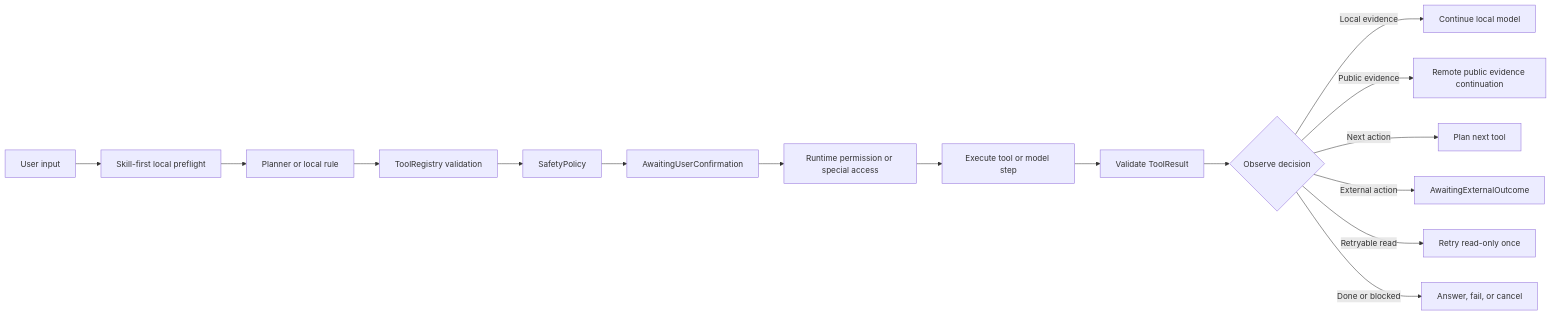
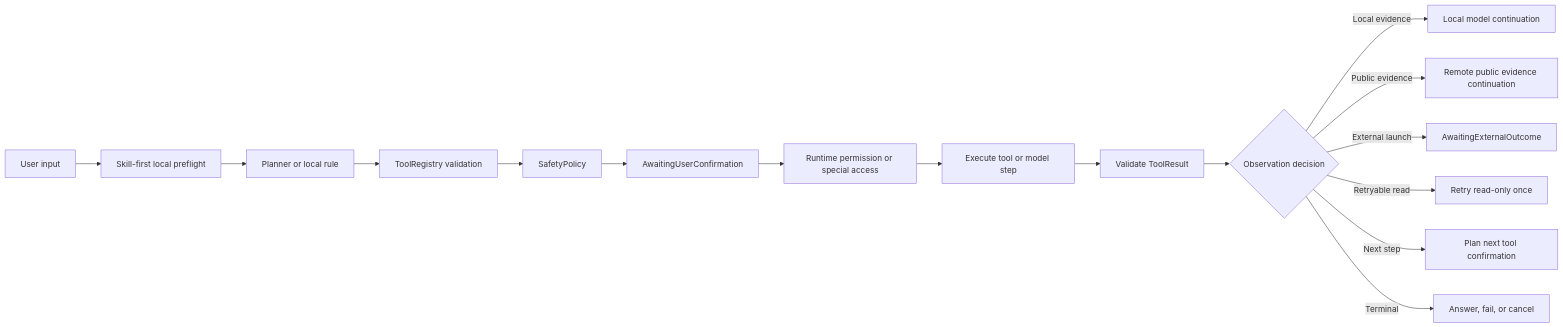
One commit to William-zgx/solin-android changed the diagram in docs/agent_core_modules.md. Above: the diagram before and after it, drawn with Mermaid. The commit also changed other lines of this file and 11 other files, not shown here.

````diff
--- a/docs/agent_core_modules.md
+++ b/docs/agent_core_modules.md
@@ -9,18 +8,18 @@
 ```mermaid
 flowchart LR
     Input["User input"] --> Preflight["Skill-first local preflight"]
     Preflight --> Planner["Planner or local rule"]
     Planner --> Registry["ToolRegistry validation"]
     Registry --> Policy["SafetyPolicy"]
     Policy --> Confirm["AwaitingUserConfirmation"]
     Confirm --> Permission["Runtime permission or special access"]
     Permission --> Execute["Execute tool or model step"]
     Execute --> Validate["Validate ToolResult"]
-    Validate --> Observe{"Observe decision"}
-    Observe -->|Local evidence| Local["Continue local model"]
+    Validate --> Observe{"Observation decision"}
+    Observe -->|Local evidence| Local["Local model continuation"]
     Observe -->|Public evidence| Remote["Remote public evidence continuation"]
-    Observe -->|Next action| Next["Plan next tool"]
-    Observe -->|External action| External["AwaitingExternalOutcome"]
+    Observe -->|External launch| External["AwaitingExternalOutcome"]
     Observe -->|Retryable read| Retry["Retry read-only once"]
-    Observe -->|Done or blocked| End["Answer, fail, or cancel"]
+    Observe -->|Next step| Next["Plan next tool confirmation"]
+    Observe -->|Terminal| Done["Answer, fail, or cancel"]
 ```
````
